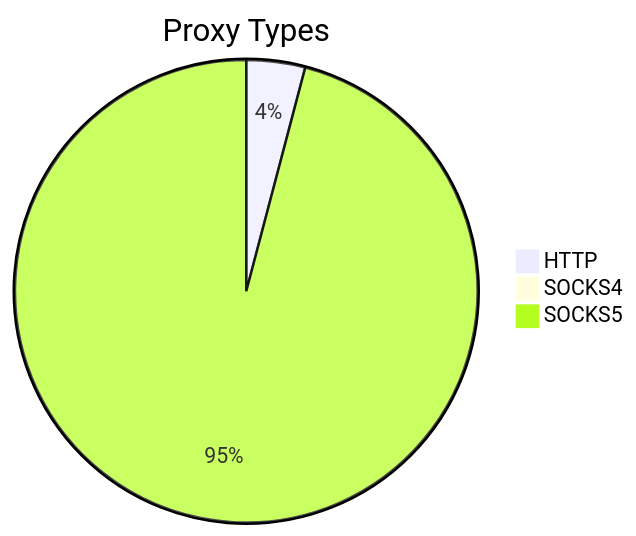
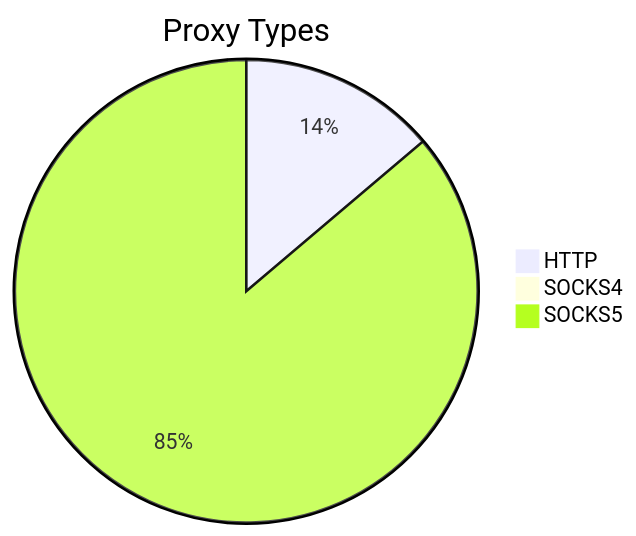
The first of 2 diagrams in README.md (stormsia/proxy-list), drawn with Mermaid before and after one commit. The commit also changed other lines of this file, not shown here.

````diff
--- a/README.md
+++ b/README.md
@@ -21,6 +21,6 @@
 ```mermaid
 pie title Proxy Types
-    "HTTP" : 308
-    "SOCKS4" : 62
-    "SOCKS5" : 7197
+    "HTTP" : 132
+    "SOCKS4" : 8
+    "SOCKS5" : 824
 ```
````
